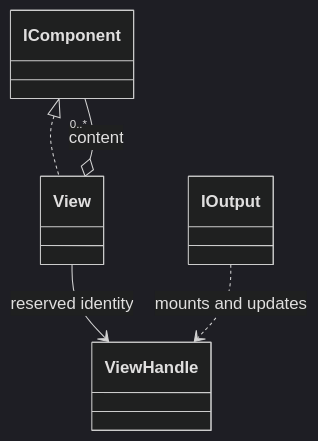
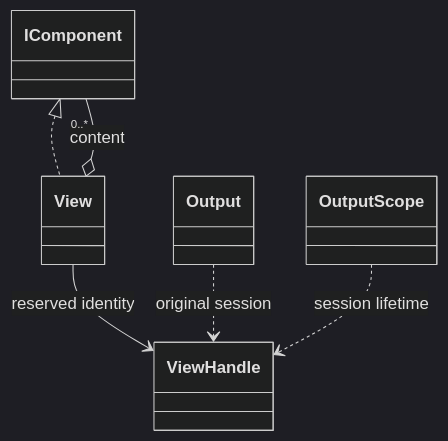
Before and after one commit to R3Neer/R3CLI: the diagram in docs/presentation/components/view.md, drawn with Mermaid (dark theme). The commit also changed other lines of this file and 52 other files, not shown here.

Commit message:
docs: define scoped output and Spectre rendering architecture

````diff
--- a/docs/presentation/components/view.md
+++ b/docs/presentation/components/view.md
@@ -44,7 +44,8 @@
 ```mermaid
 classDiagram
     IComponent <|.. View
     View o-- "0..*" IComponent : content
     View --> ViewHandle : reserved identity
-    IOutput ..> ViewHandle : mounts and updates
+    Output ..> ViewHandle : original session
+    OutputScope ..> ViewHandle : session lifetime
 ```
````
